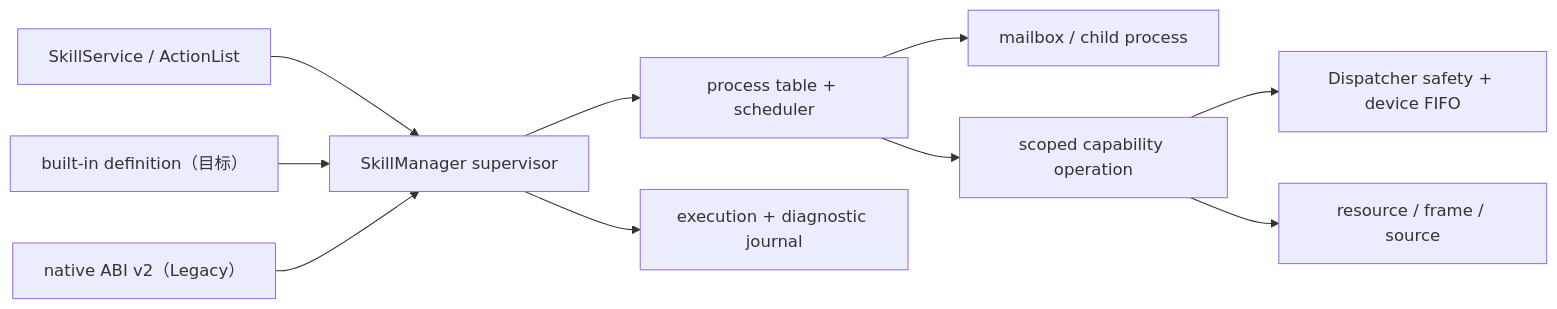
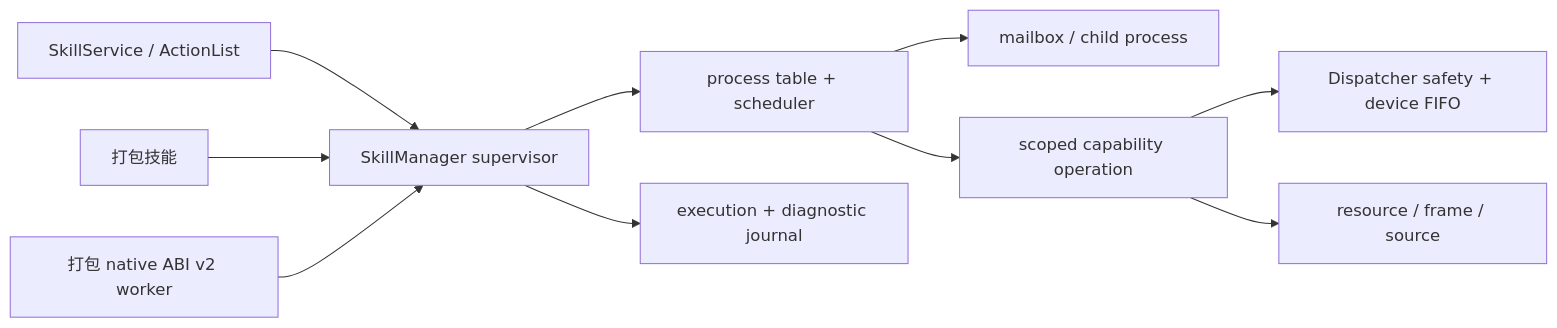
One commit to Island-Team/Aether-EOS-R changed the diagram in docs_cn/eos/design/runtime/skills_cn.md. Above: the diagram before and after it, drawn with Mermaid. The commit also changed other lines of this file and 1196 other files, not shown here.

````diff
--- a/docs_cn/eos/design/runtime/skills_cn.md
+++ b/docs_cn/eos/design/runtime/skills_cn.md
@@ -27,12 +29,12 @@
 ```mermaid
 flowchart LR
   clients["SkillService / ActionList"] --> manager["SkillManager supervisor"]
-  builtin["built-in definition（目标）"] --> manager
-  native["native ABI v2（Legacy）"] --> manager
+  builtin["打包技能"] --> manager
+  native["打包 native ABI v2 worker"] --> manager
   manager --> table["process table + scheduler"]
   table --> ipc["mailbox / child process"]
   table --> capabilities["scoped capability operation"]
   capabilities --> dispatcher["Dispatcher safety + device FIFO"]
   capabilities --> perception["resource / frame / source"]
   manager --> journals["execution + diagnostic journal"]
 ```
````
